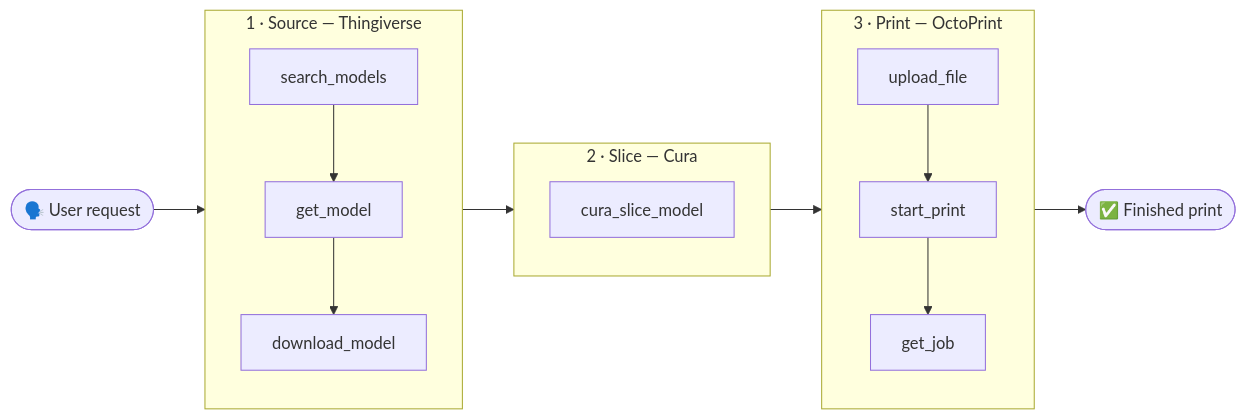
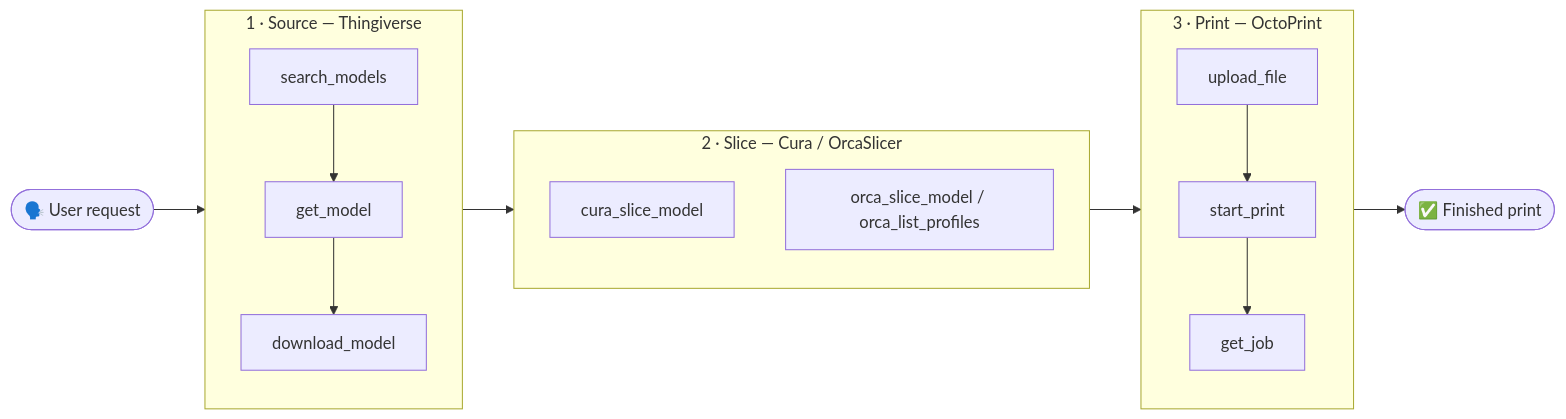
Before and after one commit to SourceBox-LLC/PrintMCP: the diagram in docs/documentation/project/README.md, drawn with Mermaid. The commit also changed other lines of this file and 31 other files, not shown here.

First line of the commit message:
feat: OrcaSlicer backend (v0.3.0) + standalone-client setup (#23)

````diff
--- a/docs/documentation/project/README.md
+++ b/docs/documentation/project/README.md
@@ -33,18 +33,19 @@
 ```mermaid
 flowchart LR
     Start(["🗣️ User request"]) --> S1
     subgraph L1["1 · Source — Thingiverse"]
         direction TB
         S1["search_models"] --> S2["get_model"] --> S3["download_model"]
     end
-    subgraph L2["2 · Slice — Cura"]
+    subgraph L2["2 · Slice — Cura / OrcaSlicer"]
         direction TB
         SL["cura_slice_model"]
+        OR["orca_slice_model / orca_list_profiles"]
     end
     subgraph L3["3 · Print — OctoPrint"]
         direction TB
         P1["upload_file"] --> P2["start_print"] --> P3["get_job"]
     end
     S3 --> SL --> P1
     P3 --> Done(["✅ Finished print"])
 ```
````
